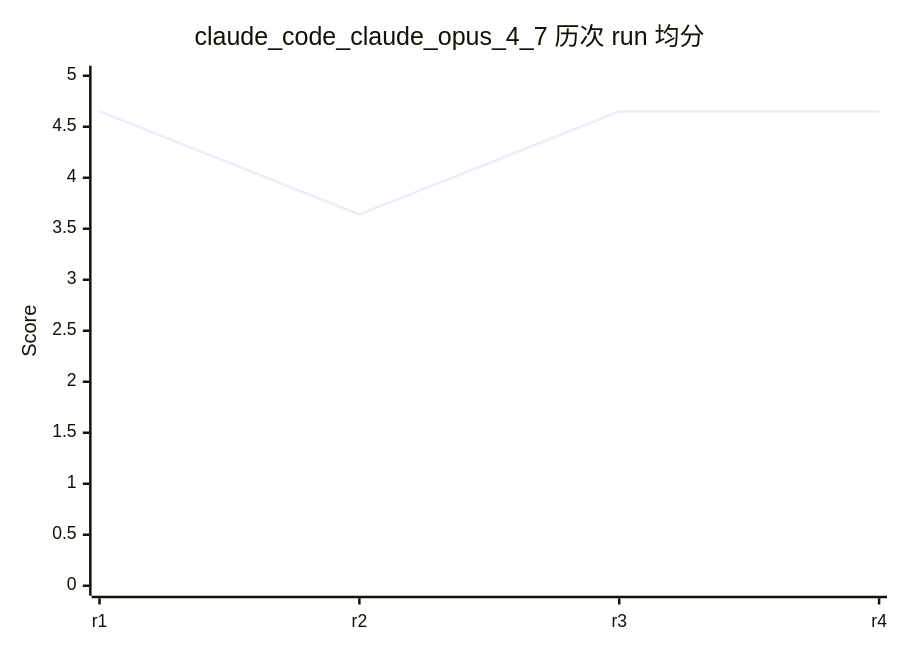
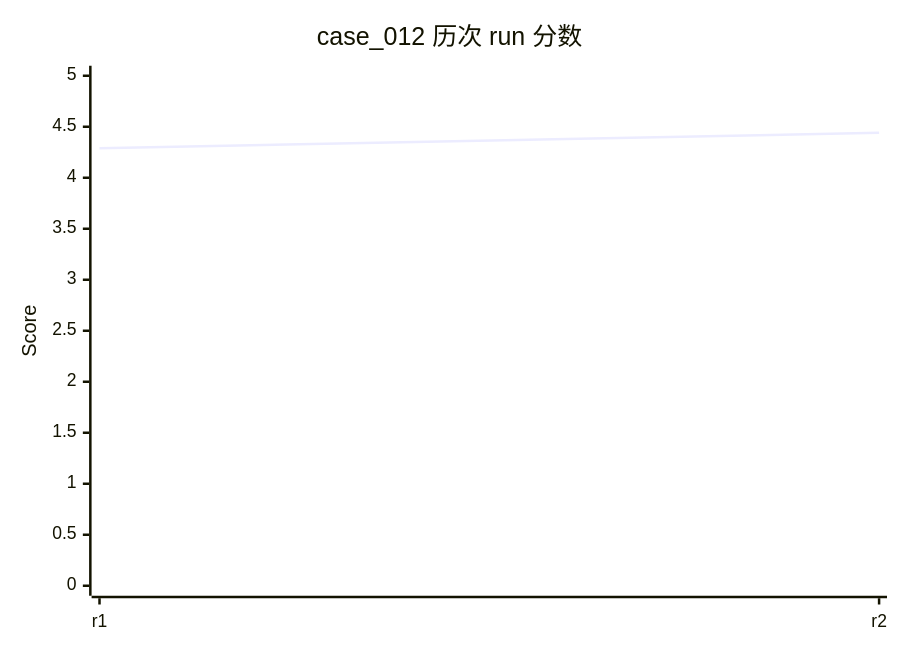
One commit to rushengzhou/sid-code changed diagram 17 of 34 in evals/DASHBOARD.md. Above: the diagram before and after it, drawn with Mermaid. The commit also changed other lines of this file and 63 other files, not shown here.

````diff
--- a/evals/DASHBOARD.md
+++ b/evals/DASHBOARD.md
@@ -308,7 +390,7 @@
 ```mermaid
 xychart-beta
-    title "claude_code_claude_opus_4_7 历次 run 均分"
-    x-axis [r1, r2, r3, r4]
+    title "case_012 历次 run 分数"
+    x-axis [r1, r2]
     y-axis "Score" 0 --> 5
-    line [4.65, 3.64, 4.65, 4.65]
+    line [4.29, 4.44]
 ```
````
